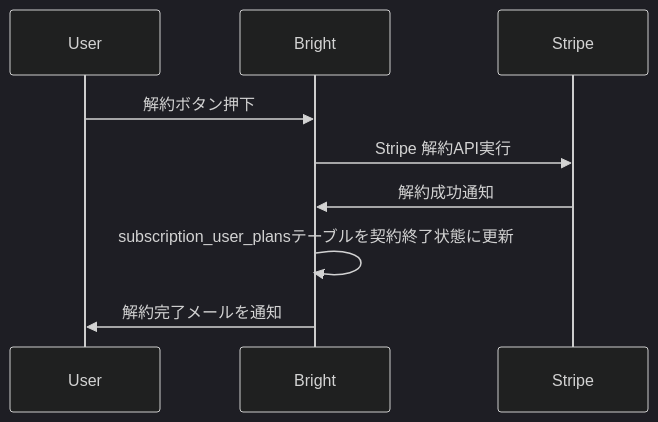
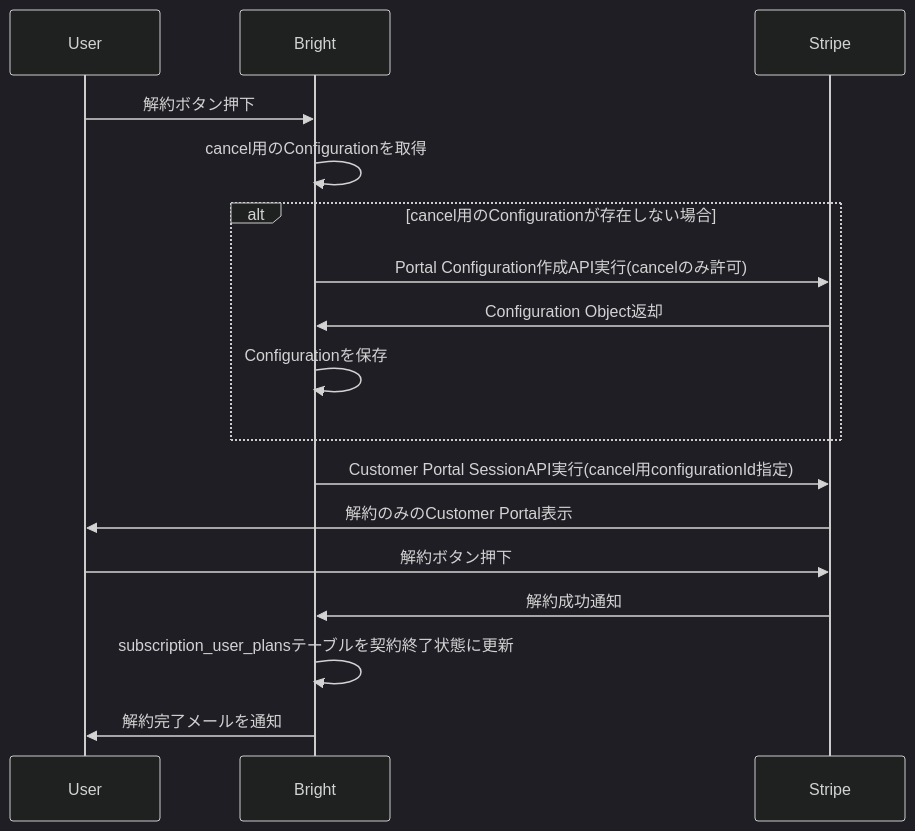
Before and after one commit to bright-org/bright: the sixth of 10 diagrams in docs/logics/subscription.md, drawn with Mermaid (dark theme). The commit also changed other lines of this file, not shown here.

Commit message:
決済関連の設計ドキュメント作成 - stripe_customer_portal_configurationsテーブルの作成及び各種シーケンスやテーブルの修正

````diff
--- a/docs/logics/subscription.md
+++ b/docs/logics/subscription.md
@@ -117,13 +135,22 @@
 ```mermaid
 sequenceDiagram
     participant User
     participant Bright
     participant Stripe
 
     User ->> Bright: 解約ボタン押下
-    Bright ->> Stripe: Stripe 解約API実行
+    Bright ->> Bright: cancel用のConfigurationを取得
+    alt cancel用のConfigurationが存在しない場合
+        Bright ->> Stripe: Portal Configuration作成API実行(cancelのみ許可)
+        Stripe ->> Bright: Configuration Object返却
+        Bright ->> Bright: Configurationを保存
+    end
+
+    Bright ->> Stripe: Customer Portal SessionAPI実行(cancel用configurationId指定)
+    Stripe ->> User: 解約のみのCustomer Portal表示
+    User ->> Stripe: 解約ボタン押下
     Stripe ->> Bright: 解約成功通知
 
     Bright ->> Bright: subscription_user_plansテーブルを契約終了状態に更新
     Bright ->> User: 解約完了メールを通知
 ```
````
